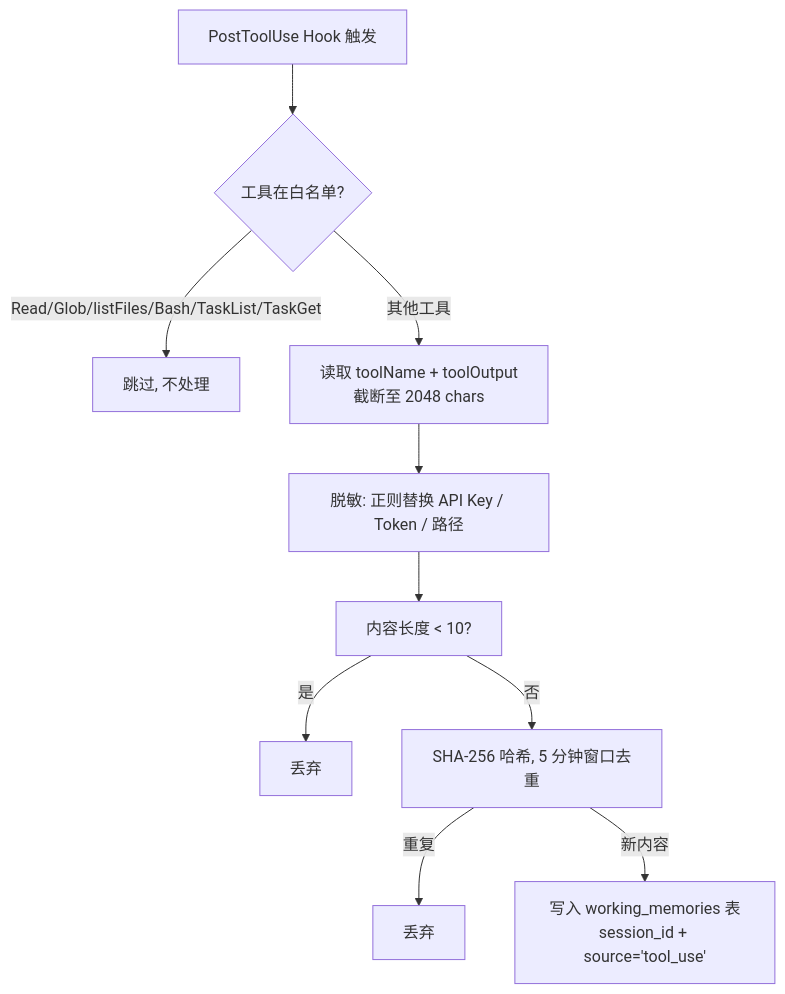
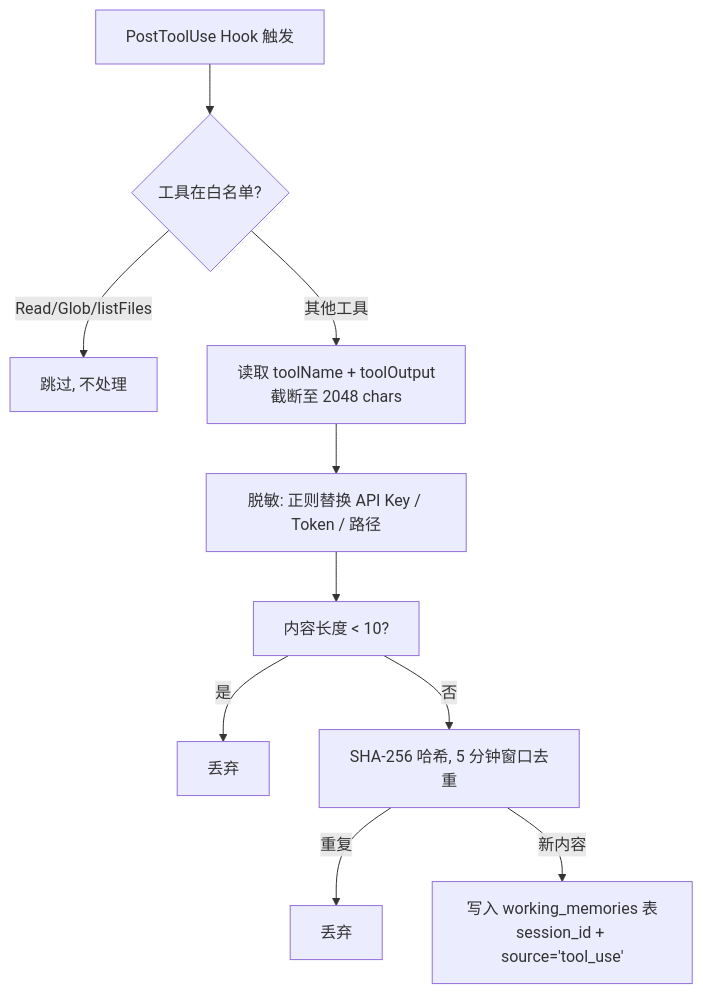
One commit to Lucas-lgm/clio changed the fourth of 10 diagrams in docs/architecture.md. Above: the diagram before and after it, drawn with Mermaid. The commit also changed other lines of this file and 1 other file, not shown here.

First line of the commit message:
refactor: align code with architecture design

````diff
--- a/docs/architecture.md
+++ b/docs/architecture.md
@@ -279,12 +279,12 @@
 ```mermaid
 flowchart TD
     A[PostToolUse Hook 触发] --> B{工具在白名单?}
-    B -->|Read/Glob/listFiles/Bash/TaskList/TaskGet| C[跳过, 不处理]
+    B -->|Read/Glob/listFiles| C[跳过, 不处理]
     B -->|其他工具| D["读取 toolName + toolOutput<br>截断至 2048 chars"]
     D --> E[脱敏: 正则替换 API Key / Token / 路径]
     E --> F[内容长度 < 10?]
     F -->|是| G[丢弃]
     F -->|否| H[SHA-256 哈希, 5 分钟窗口去重]
     H -->|重复| I[丢弃]
     H -->|新内容| J["写入 working_memories 表<br>session_id + source='tool_use'"]
 ```
````
